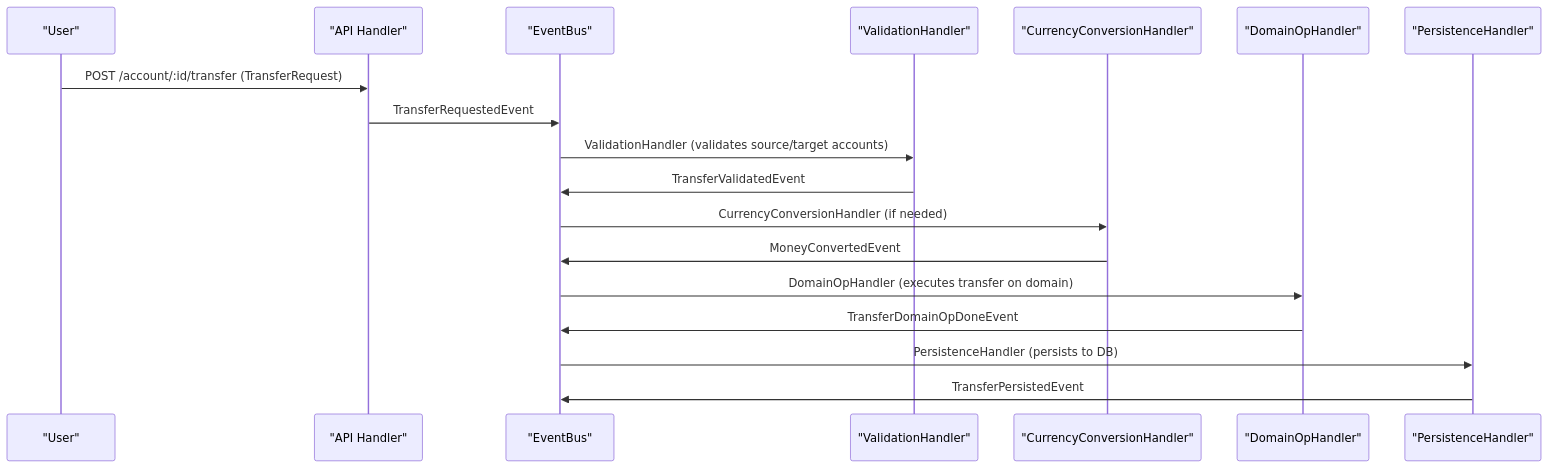
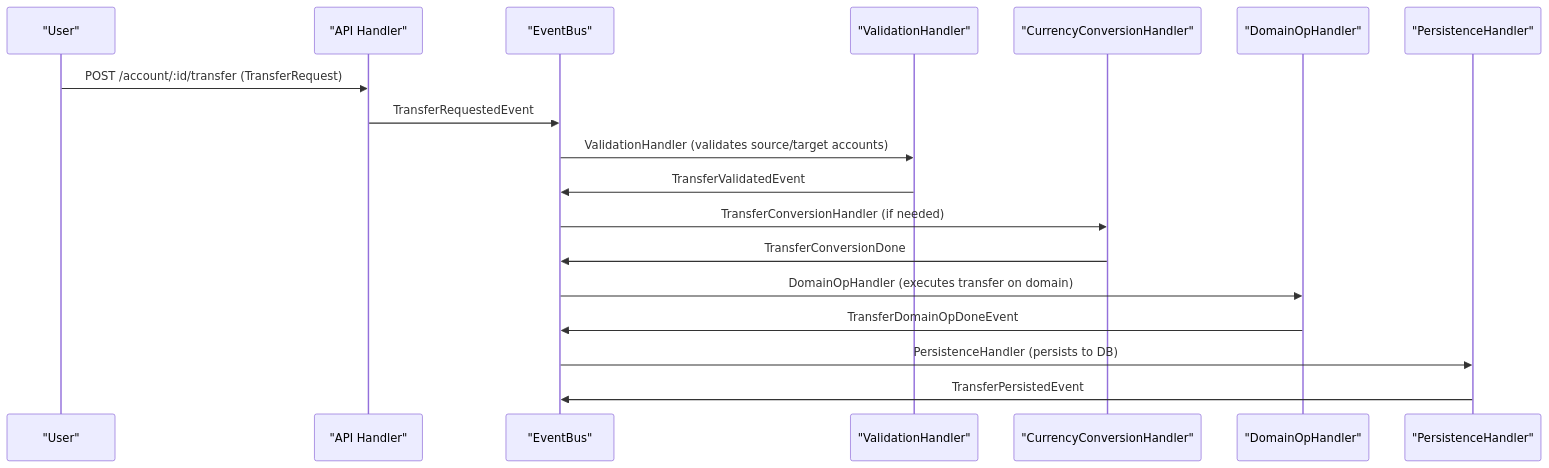
Before and after one commit to amirasaad/fintech: the first of 2 diagrams in docs/refactoring/event-driven-transfer-flow.md, drawn with Mermaid. The commit also changed other lines of this file and 1 other file, not shown here.

First line of the commit message:
docs(refactoring): enhance event-driven architecture documentation with lessons learned

````diff
--- a/docs/refactoring/event-driven-transfer-flow.md
+++ b/docs/refactoring/event-driven-transfer-flow.md
@@ -18,21 +36,21 @@
 ```mermaid
 sequenceDiagram
     participant U as "User"
     participant API as "API Handler"
     participant EB as "EventBus"
     participant VH as "ValidationHandler"
     participant CC as "CurrencyConversionHandler"
     participant DO as "DomainOpHandler"
     participant P as "PersistenceHandler"
 
     U->>API: POST /account/:id/transfer (TransferRequest)
     API->>EB: TransferRequestedEvent
     EB->>VH: ValidationHandler (validates source/target accounts)
     VH->>EB: TransferValidatedEvent
-    EB->>CC: CurrencyConversionHandler (if needed)
-    CC->>EB: MoneyConvertedEvent
+    EB->>CC: TransferConversionHandler (if needed)
+    CC->>EB: TransferConversionDone
     EB->>DO: DomainOpHandler (executes transfer on domain)
     DO->>EB: TransferDomainOpDoneEvent
     EB->>P: PersistenceHandler (persists to DB)
     P->>EB: TransferPersistedEvent
 ```
````
